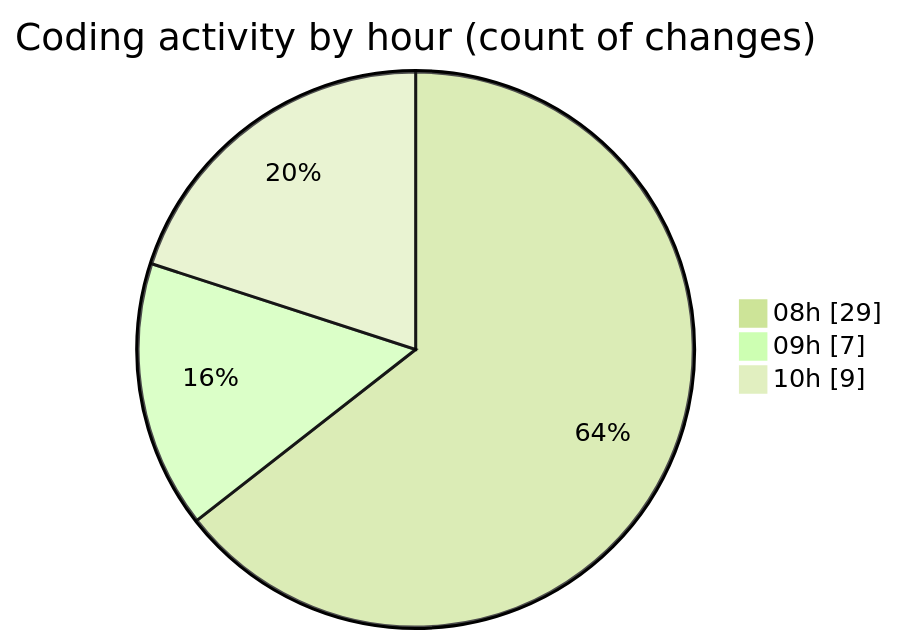
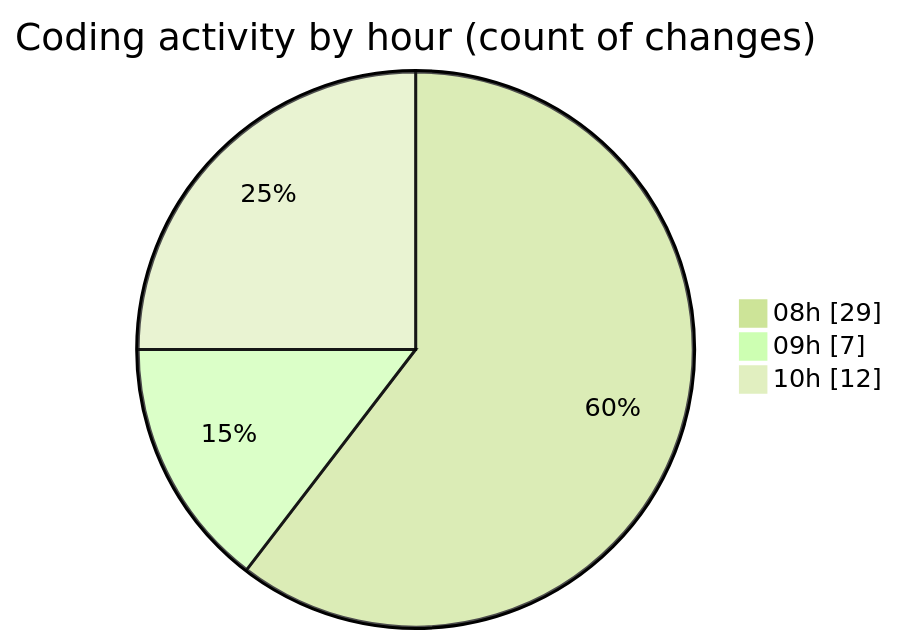
Before and after one commit to momahboobian/code-tracking: the second of 2 diagrams in 2025-04-09/cda/README.md, drawn with Mermaid (forest theme). The commit also changed other lines of this file and 1 other file, not shown here.

````diff
--- a/2025-04-09/cda/README.md
+++ b/2025-04-09/cda/README.md
@@ -35,7 +37,7 @@
 ```mermaid
 pie showData
 title Coding activity by hour (count of changes)
 "08h" : 29
 "09h" : 7
-"10h" : 9
+"10h" : 12
 ```
````
